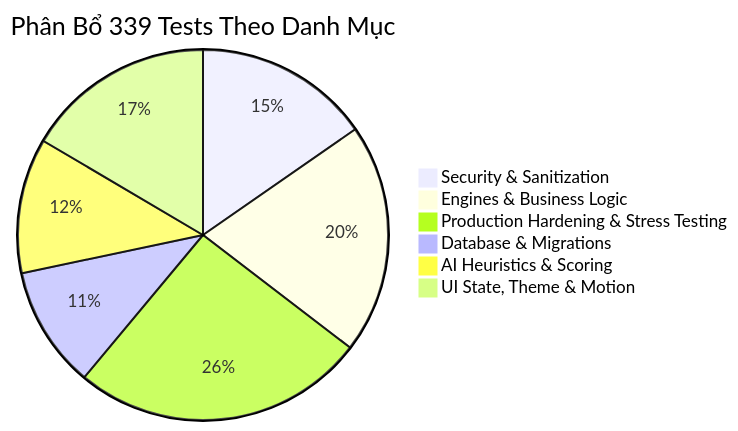
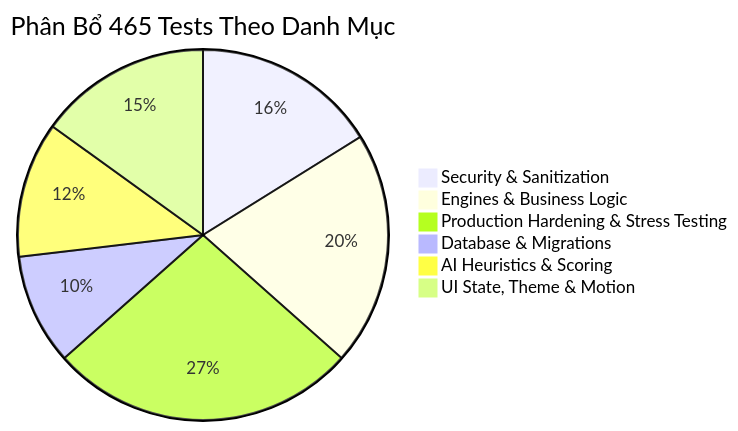
One commit to Nguyen-Trung-Tien/WinCarePro changed the diagram in docs/08_TESTING_AND_QUALITY_ASSURANCE.md. Above: the diagram before and after it, drawn with Mermaid. The commit also changed other lines of this file and 21 other files, not shown here.

````diff
--- a/docs/08_TESTING_AND_QUALITY_ASSURANCE.md
+++ b/docs/08_TESTING_AND_QUALITY_ASSURANCE.md
@@ -16,9 +16,9 @@
 ```mermaid
-pie title Phân Bổ 339 Tests Theo Danh Mục
-    "Security & Sanitization" : 52
-    "Engines & Business Logic" : 68
-    "Production Hardening & Stress Testing" : 87
-    "Database & Migrations" : 36
-    "AI Heuristics & Scoring" : 40
-    "UI State, Theme & Motion" : 56
+pie title Phân Bổ 465 Tests Theo Danh Mục
+    "Security & Sanitization" : 75
+    "Engines & Business Logic" : 95
+    "Production Hardening & Stress Testing" : 125
+    "Database & Migrations" : 45
+    "AI Heuristics & Scoring" : 55
+    "UI State, Theme & Motion" : 70
 ```
````
